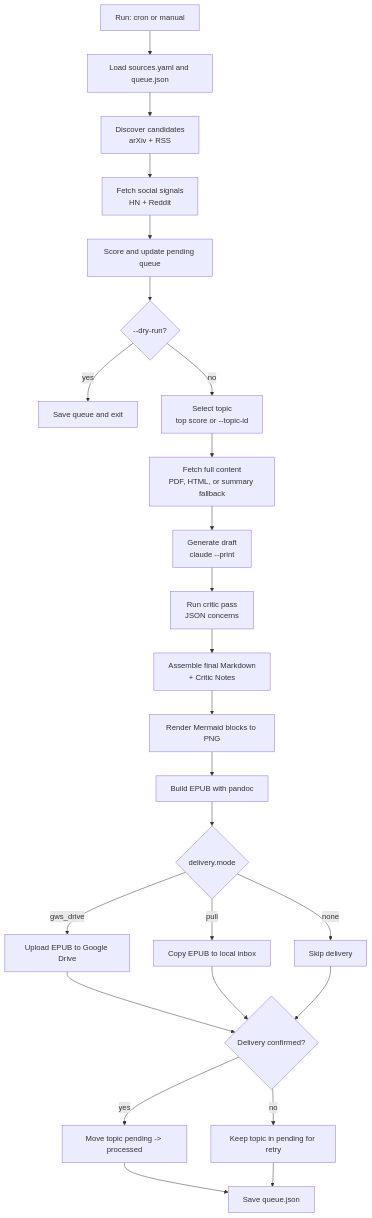
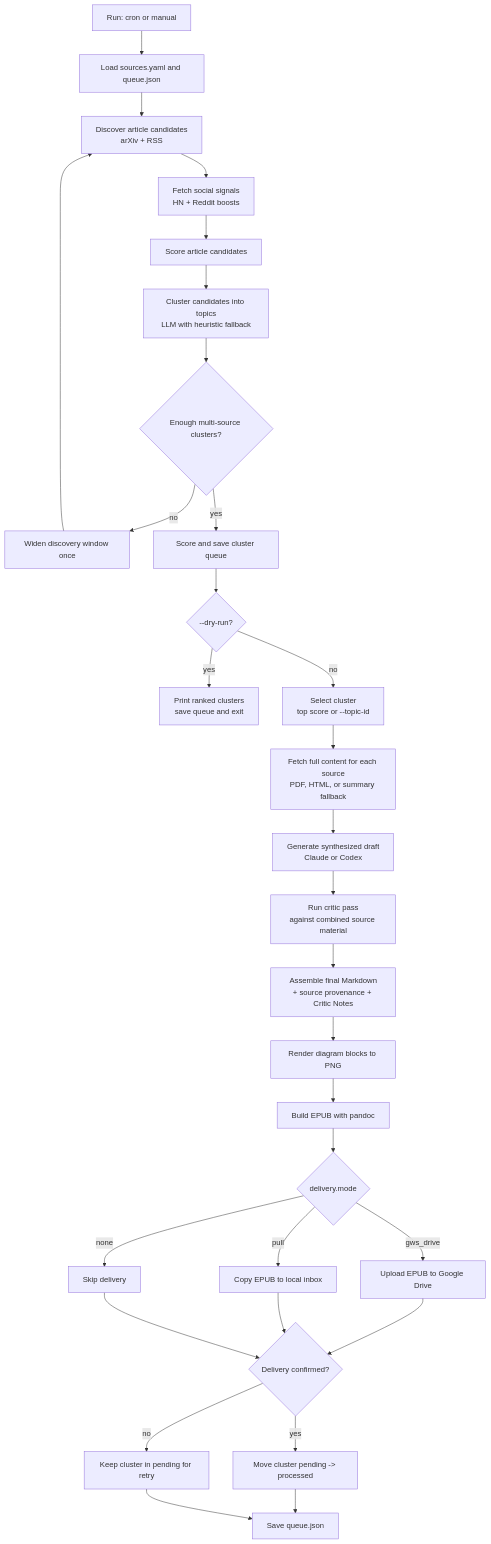
One commit to hoombar/claude-skills changed the diagram in skills/kobo-epub-pipeline/pipeline.mmd. Above: the diagram before and after it, drawn with Mermaid. The commit also changed 2 other files, not shown here.

```diff
--- a/skills/kobo-epub-pipeline/pipeline.mmd
+++ b/skills/kobo-epub-pipeline/pipeline.mmd
@@ -1,25 +1,30 @@
 flowchart TD
   A[Run: cron or manual] --> B[Load sources.yaml and queue.json]
-  B --> C[Discover candidates<br/>arXiv + RSS]
-  C --> D[Fetch social signals<br/>HN + Reddit]
-  D --> E[Score and update pending queue]
-  E --> F{--dry-run?}
-  F -->|yes| G[Save queue and exit]
-  F -->|no| H[Select topic<br/>top score or --topic-id]
-  H --> I[Fetch full content<br/>PDF, HTML, or summary fallback]
-  I --> J[Generate draft<br/>claude --print]
-  J --> K[Run critic pass<br/>JSON concerns]
-  K --> L[Assemble final Markdown<br/>+ Critic Notes]
-  L --> M[Render Mermaid blocks to PNG]
-  M --> N[Build EPUB with pandoc]
-  N --> O{delivery.mode}
-  O -->|gws_drive| P[Upload EPUB to Google Drive]
-  O -->|pull| Q[Copy EPUB to local inbox]
-  O -->|none| R[Skip delivery]
-  P --> S{Delivery confirmed?}
-  Q --> S
-  R --> S
-  S -->|yes| T[Move topic pending -> processed]
-  S -->|no| U[Keep topic in pending for retry]
-  T --> V[Save queue.json]
-  U --> V
+  B --> C[Discover article candidates<br/>arXiv + RSS]
+  C --> D[Fetch social signals<br/>HN + Reddit boosts]
+  D --> E[Score article candidates]
+  E --> F[Cluster candidates into topics<br/>LLM with heuristic fallback]
+  F --> G{Enough multi-source clusters?}
+  G -->|no| H[Widen discovery window once]
+  H --> C
+  G -->|yes| I[Score and save cluster queue]
+  I --> J{--dry-run?}
+  J -->|yes| K[Print ranked clusters<br/>save queue and exit]
+  J -->|no| L[Select cluster<br/>top score or --topic-id]
+  L --> M[Fetch full content for each source<br/>PDF, HTML, or summary fallback]
+  M --> N[Generate synthesized draft<br/>Claude or Codex]
+  N --> O[Run critic pass<br/>against combined source material]
+  O --> P[Assemble final Markdown<br/>+ source provenance + Critic Notes]
+  P --> Q[Render diagram blocks to PNG]
+  Q --> R[Build EPUB with pandoc]
+  R --> S{delivery.mode}
+  S -->|gws_drive| T[Upload EPUB to Google Drive]
+  S -->|pull| U[Copy EPUB to local inbox]
+  S -->|none| V[Skip delivery]
+  T --> W{Delivery confirmed?}
+  U --> W
+  V --> W
+  W -->|yes| X[Move cluster pending -> processed]
+  W -->|no| Y[Keep cluster in pending for retry]
+  X --> Z[Save queue.json]
+  Y --> Z
```
